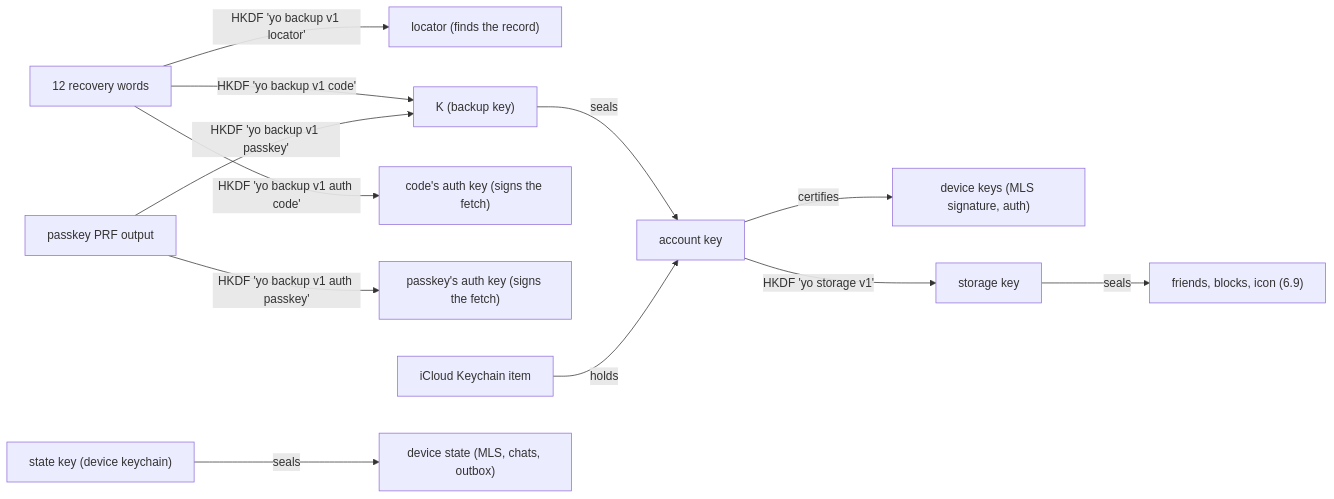
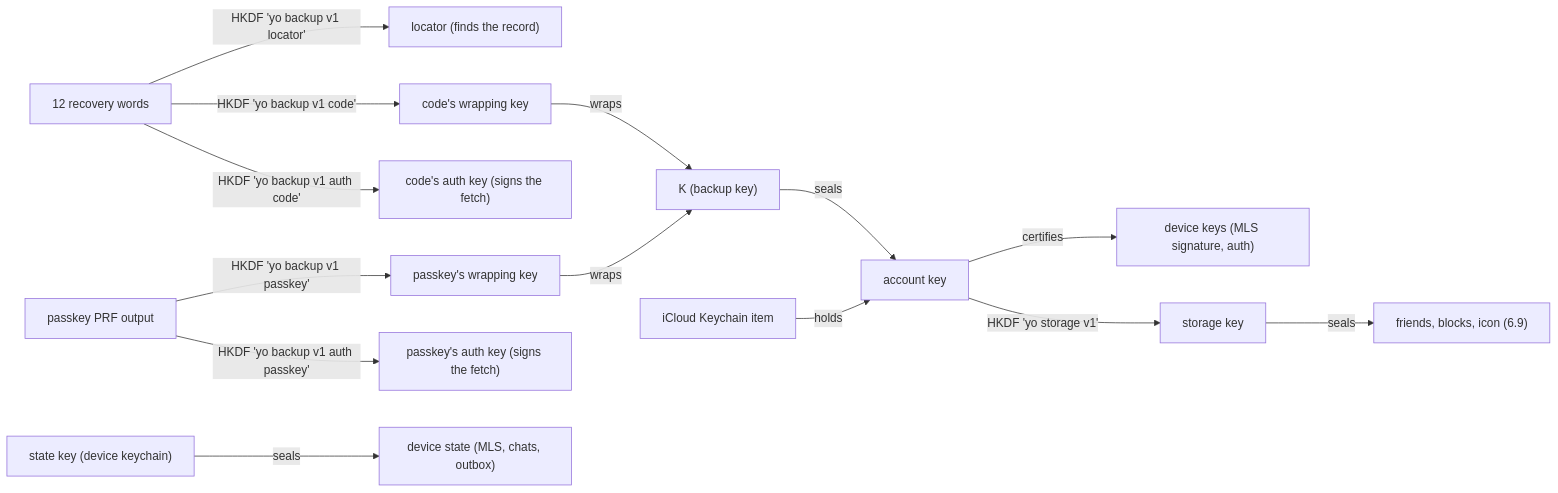
Before and after one commit to YoAgain/yo: the diagram in spec/v1.md, drawn with Mermaid. The commit also changed other lines of this file and 3 other files, not shown here.

````diff
--- a/spec/v1.md
+++ b/spec/v1.md
@@ -766,14 +786,14 @@
 ```mermaid
 flowchart LR
   words["12 recovery words"] -- "HKDF 'yo backup v1 locator'" --> locator["locator (finds the record)"]
-  words -- "HKDF 'yo backup v1 code'" --> K
+  words -- "HKDF 'yo backup v1 code'" --> wrapcode["code's wrapping key"] -- wraps --> K
   words -- "HKDF 'yo backup v1 auth code'" --> authcode["code's auth key (signs the fetch)"]
-  prf["passkey PRF output"] -- "HKDF 'yo backup v1 passkey'" --> K
+  prf["passkey PRF output"] -- "HKDF 'yo backup v1 passkey'" --> wrappasskey["passkey's wrapping key"] -- wraps --> K
   prf -- "HKDF 'yo backup v1 auth passkey'" --> authpasskey["passkey's auth key (signs the fetch)"]
   K["K (backup key)"] -- seals --> account["account key"]
   icloud["iCloud Keychain item"] -- holds --> account
   account -- certifies --> devices["device keys (MLS signature, auth)"]
   account -- "HKDF 'yo storage v1'" --> storage["storage key"]
   storage -- seals --> stored["friends, blocks, icon (6.9)"]
   statekey["state key (device keychain)"] -- seals --> state["device state (MLS, chats, outbox)"]
 ```
````
